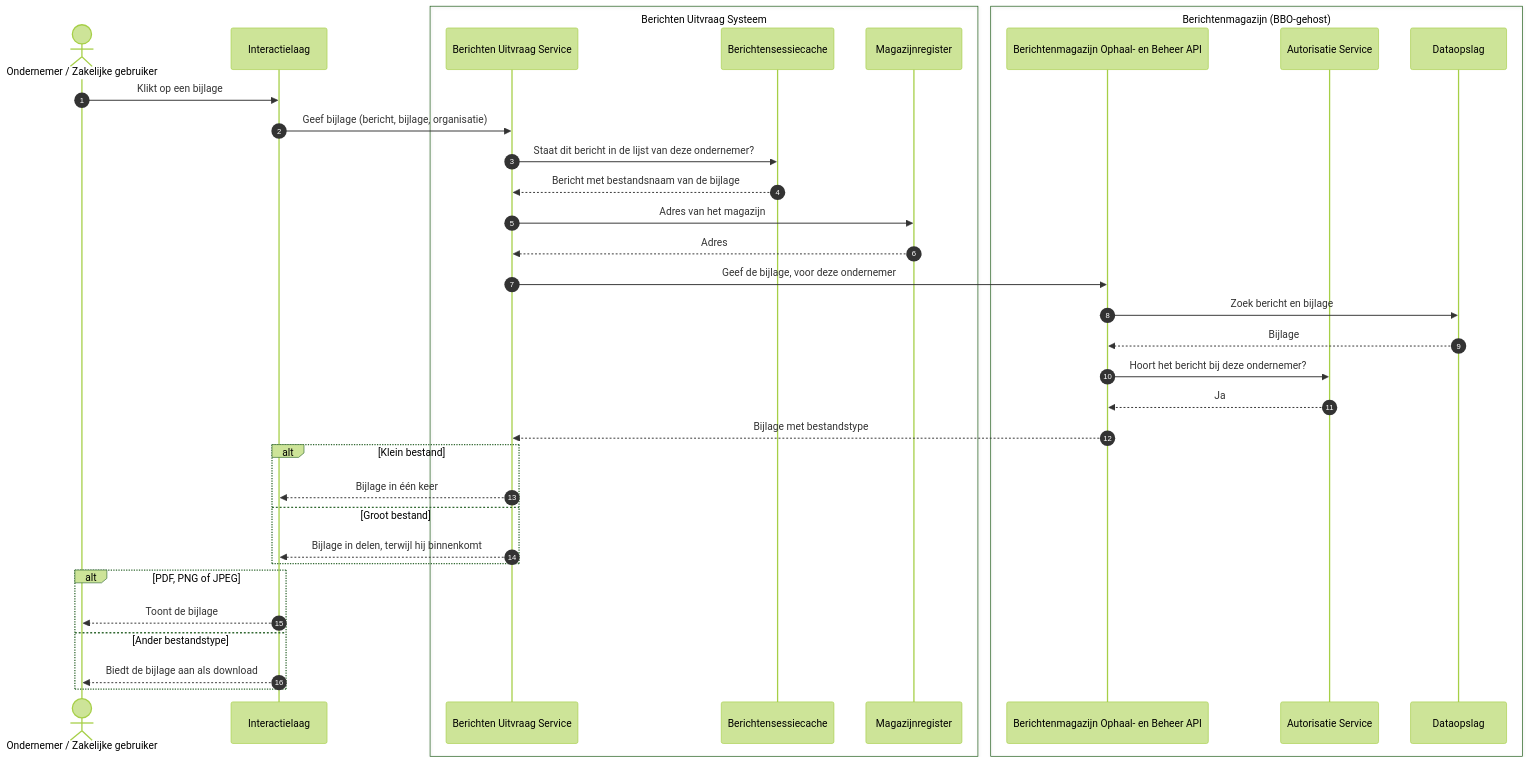
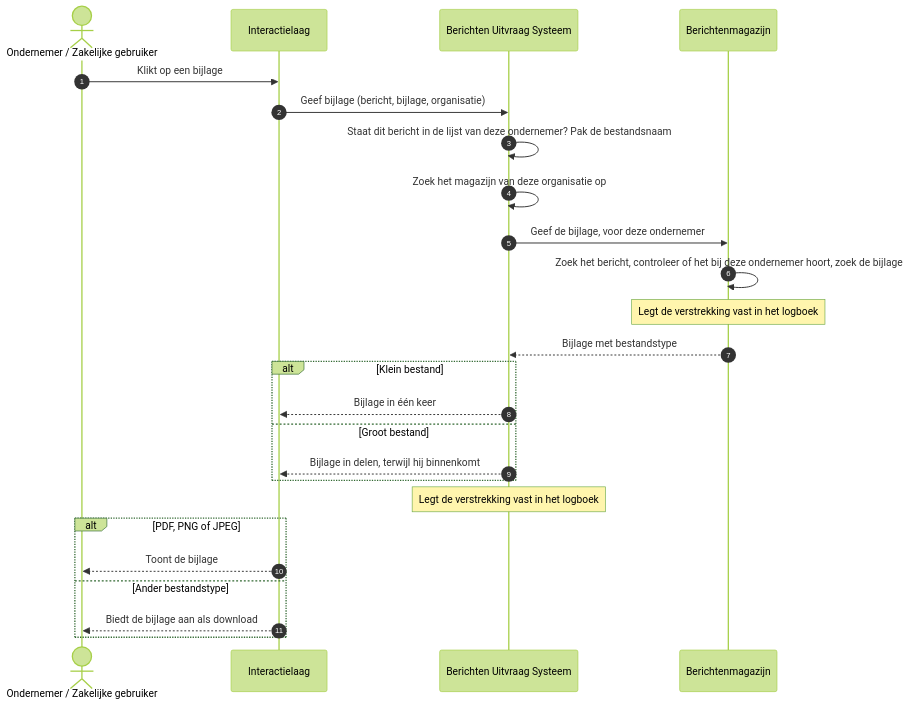
One commit to MinBZK/moza-poc-fbs-berichtenbox changed the diagram in docs/architecture/workspace-docs/10-uc6-bijlage-openen.md. Above: the diagram before and after it, drawn with Mermaid (forest theme). The commit also changed other lines of this file and 16 other files, not shown here.

````diff
--- a/docs/architecture/workspace-docs/10-uc6-bijlage-openen.md
+++ b/docs/architecture/workspace-docs/10-uc6-bijlage-openen.md
@@ -25,39 +25,28 @@
 ```mermaid
 sequenceDiagram
     autonumber
     actor OND as Ondernemer / Zakelijke gebruiker
     participant IL as Interactielaag
-    box Berichten Uitvraag Systeem
-        participant UV as Berichten Uitvraag Service
-        participant SC as Berichtensessiecache
-        participant REG as Magazijnregister
-    end
-    box Berichtenmagazijn (BBO-gehost)
-        participant OB as Berichtenmagazijn Ophaal- en Beheer API
-        participant AUT as Autorisatie Service
-        participant DB as Dataopslag
-    end
+    participant FBS as Berichten Uitvraag Systeem
+    participant MAG as Berichtenmagazijn
 
     OND->>IL: Klikt op een bijlage
-    IL->>UV: Geef bijlage (bericht, bijlage, organisatie)
-    UV->>SC: Staat dit bericht in de lijst van deze ondernemer?
-    SC-->>UV: Bericht met bestandsnaam van de bijlage
-    UV->>REG: Adres van het magazijn
-    REG-->>UV: Adres
-    UV->>OB: Geef de bijlage, voor deze ondernemer
-    OB->>DB: Zoek bericht en bijlage
-    DB-->>OB: Bijlage
-    OB->>AUT: Hoort het bericht bij deze ondernemer?
-    AUT-->>OB: Ja
-    OB-->>UV: Bijlage met bestandstype
+    IL->>FBS: Geef bijlage (bericht, bijlage, organisatie)
+    FBS->>FBS: Staat dit bericht in de lijst van deze ondernemer? Pak de bestandsnaam
+    FBS->>FBS: Zoek het magazijn van deze organisatie op
+    FBS->>MAG: Geef de bijlage, voor deze ondernemer
+    MAG->>MAG: Zoek het bericht, controleer of het bij deze ondernemer hoort, zoek de bijlage
+    Note over MAG: Legt de verstrekking vast in het logboek
+    MAG-->>FBS: Bijlage met bestandstype
     alt Klein bestand
-        UV-->>IL: Bijlage in één keer
+        FBS-->>IL: Bijlage in één keer
     else Groot bestand
-        UV-->>IL: Bijlage in delen, terwijl hij binnenkomt
+        FBS-->>IL: Bijlage in delen, terwijl hij binnenkomt
     end
+    Note over FBS: Legt de verstrekking vast in het logboek
     alt PDF, PNG of JPEG
         IL-->>OND: Toont de bijlage
     else Ander bestandstype
         IL-->>OND: Biedt de bijlage aan als download
     end
 ```
````
